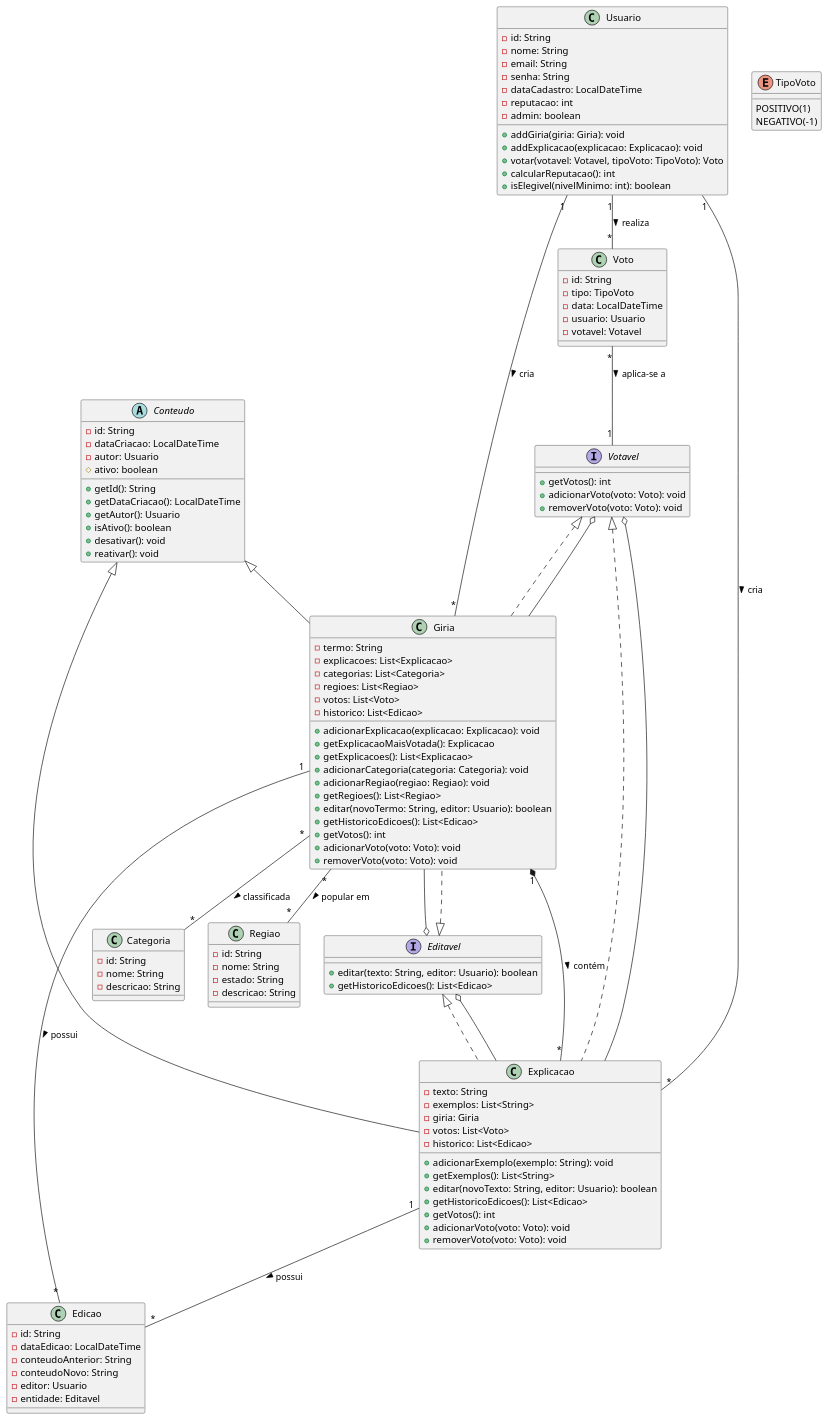
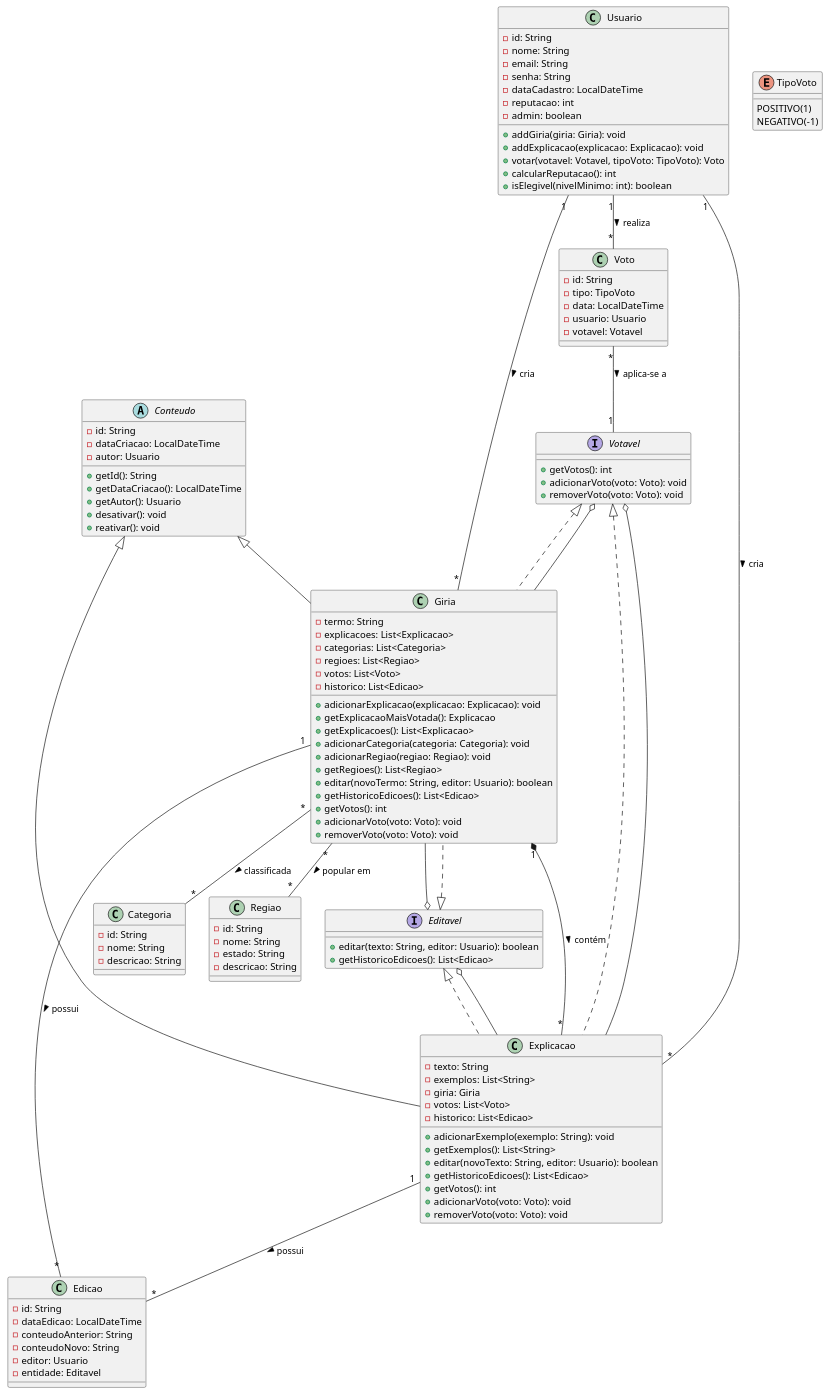
The diagram in modelagem.plantuml (Arthur-jpg/Ap2_POO_GiriasColaborativas), drawn with PlantUML before and after one commit. The commit also changed 5 other files, not shown here.

```diff
--- a/modelagem.plantuml
+++ b/modelagem.plantuml
@@ -1,134 +1,132 @@
 @startuml Sistema de Gírias Colaborativas
 
 ' Interfaces
 interface Votavel {
   +getVotos(): int
   +adicionarVoto(voto: Voto): void
   +removerVoto(voto: Voto): void
 }
 
 interface Editavel {
   +editar(texto: String, editor: Usuario): boolean
   +getHistoricoEdicoes(): List<Edicao>
 }
 
 ' Classes base
 abstract class Conteudo {
   -id: String
   -dataCriacao: LocalDateTime
   -autor: Usuario
-  #ativo: boolean
   +getId(): String
   +getDataCriacao(): LocalDateTime
   +getAutor(): Usuario
-  +isAtivo(): boolean
   +desativar(): void
   +reativar(): void
 }
 
 class Usuario {
   -id: String
   -nome: String
   -email: String
   -senha: String
   -dataCadastro: LocalDateTime
   -reputacao: int
   -admin: boolean
   +addGiria(giria: Giria): void
   +addExplicacao(explicacao: Explicacao): void
   +votar(votavel: Votavel, tipoVoto: TipoVoto): Voto
   +calcularReputacao(): int
   +isElegivel(nivelMinimo: int): boolean
 }
 
 enum TipoVoto {
   POSITIVO(1)
   NEGATIVO(-1)
 }
 
 class Voto {
   -id: String
   -tipo: TipoVoto
   -data: LocalDateTime
   -usuario: Usuario
   -votavel: Votavel
 }
 
 class Categoria {
   -id: String
   -nome: String
   -descricao: String
 }
 
 class Regiao {
   -id: String
   -nome: String
   -estado: String
   -descricao: String
 }
 
 ' Classes principais do sistema
 class Giria extends Conteudo implements Votavel, Editavel {
   -termo: String
   -explicacoes: List<Explicacao>
   -categorias: List<Categoria>
   -regioes: List<Regiao>
   -votos: List<Voto>
   -historico: List<Edicao>
   +adicionarExplicacao(explicacao: Explicacao): void
   +getExplicacaoMaisVotada(): Explicacao
   +getExplicacoes(): List<Explicacao>
   +adicionarCategoria(categoria: Categoria): void
   +adicionarRegiao(regiao: Regiao): void
   +getRegioes(): List<Regiao>
   +editar(novoTermo: String, editor: Usuario): boolean
   +getHistoricoEdicoes(): List<Edicao>
   +getVotos(): int
   +adicionarVoto(voto: Voto): void
   +removerVoto(voto: Voto): void
 }
 
 class Explicacao extends Conteudo implements Votavel, Editavel {
   -texto: String
   -exemplos: List<String>
   -giria: Giria
   -votos: List<Voto>
   -historico: List<Edicao>
   +adicionarExemplo(exemplo: String): void
   +getExemplos(): List<String>
   +editar(novoTexto: String, editor: Usuario): boolean
   +getHistoricoEdicoes(): List<Edicao>
   +getVotos(): int
   +adicionarVoto(voto: Voto): void
   +removerVoto(voto: Voto): void
 }
 
 
 class Edicao {
   -id: String
   -dataEdicao: LocalDateTime
   -conteudoAnterior: String
   -conteudoNovo: String
   -editor: Usuario
   -entidade: Editavel
 }
 
 ' Relacionamentos
 Usuario "1" -- "*" Giria : cria >
 Usuario "1" -- "*" Explicacao : cria >
 Usuario "1" -- "*" Voto : realiza >
 
 Giria "1" *-- "*" Explicacao : contém >
 Giria "*" -- "*" Categoria : classificada >
 Giria "*" -- "*" Regiao : popular em >
 Giria "1" -- "*" Edicao : possui >
 Explicacao "1" -- "*" Edicao : possui >
 
 Voto "*" -- "1" Votavel : aplica-se a >
 
 Explicacao --o Votavel
 Giria --o Votavel
 Explicacao --o Editavel
 Giria --o Editavel
 
 @enduml
```
